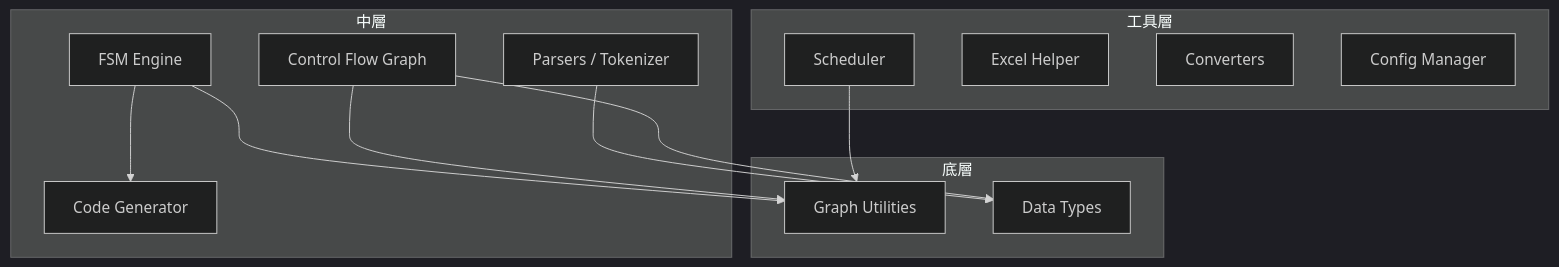
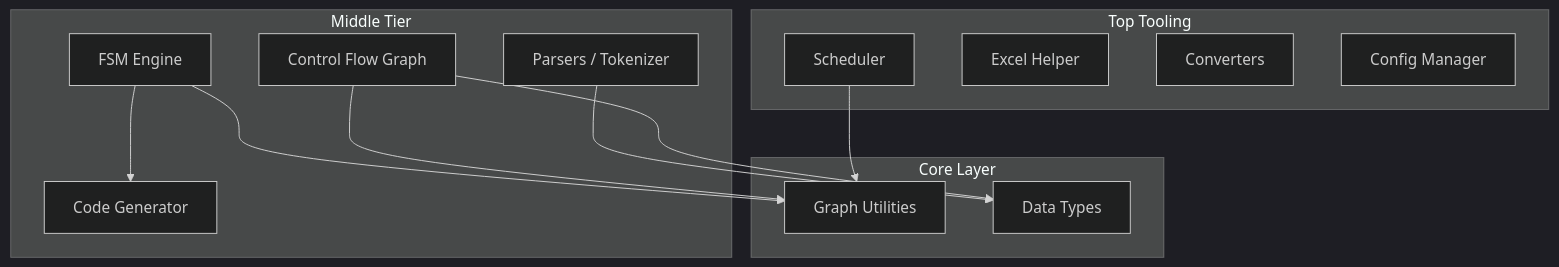
One commit to redpigkiller/MyPkg changed the diagram in docs/roadmap.md. Above: the diagram before and after it, drawn with Mermaid (dark theme). The commit also changed other lines of this file and 11 other files, not shown here.

Commit message:
docs: Add detailed project roadmap, module documentation for data types, scheduler, and utilities, along with Chinese localized versions and an updated README.

````diff
--- a/docs/roadmap.md
+++ b/docs/roadmap.md
@@ -507,26 +510,26 @@
 ```mermaid
 graph TD
-    subgraph 底層
+    subgraph Core Layer
         G[Graph Utilities]
         DT[Data Types]
     end
-    subgraph 中層
+    subgraph Middle Tier
         FSM[FSM Engine]
         CFG[Control Flow Graph]
         P[Parsers / Tokenizer]
         CG[Code Generator]
     end
-    subgraph 工具層
+    subgraph Top Tooling
         S[Scheduler]
         E[Excel Helper]
         CV[Converters]
         CF[Config Manager]
     end
 
     FSM --> G
     CFG --> G
     S --> G
     FSM --> CG
     P --> DT
     CFG --> DT
 ```
````
